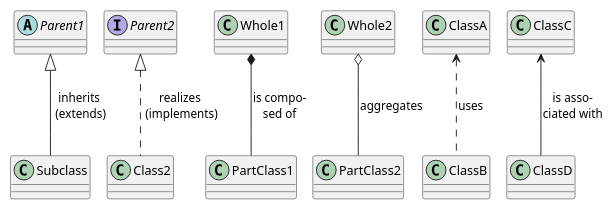
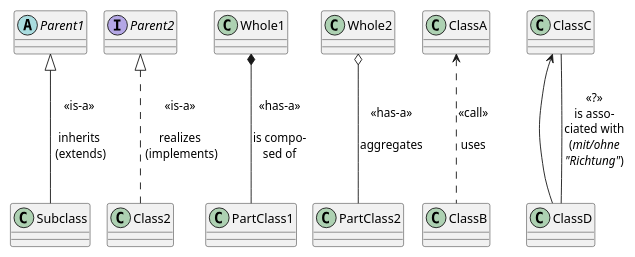
The diagram in module-associations/docs/diagrams/associations.puml (ThorstenEckstein/programmierung2-W3WI-109-ss24), drawn with PlantUML before and after one commit. The commit also changed 4 other files, not shown here.

Commit message:
module-associations: added chapter about Arrays, diagram update

```diff
--- a/module-associations/docs/diagrams/associations.puml
+++ b/module-associations/docs/diagrams/associations.puml
@@ -1,21 +1,22 @@
 @startuml
 !pragma layout smetana
 'https://plantuml.com/class-diagram
 
 scale 0.9
 
 abstract class Parent1
-Parent1 <|--- Subclass    : inherits\n (extends)
+Parent1 <|--- Subclass    : <<is-a>>\n\ninherits\n (extends)
 
 interface Parent2
-Parent2 <|... Class2      : realizes\n (implements)
+Parent2 <|... Class2      : <<is-a>>\n\nrealizes\n (implements)
 
-Whole1  *---  PartClass1  : is compo-\nsed of
+Whole1  *---  PartClass1  : <<has-a>>\n\nis compo-\nsed of
 
-Whole2  o---  PartClass2  : aggregates
+Whole2  o---  PartClass2  : <<has-a>>\n\naggregates
 
-ClassA  <...  ClassB      : uses
+ClassA  <...  ClassB      : <<call>>\n\nuses
 
-ClassC  <---  ClassD      : is asso-\nciated with
+ClassC  <---  ClassD      : "     "
+ClassC  ---  ClassD       : <<?>>\nis asso-\nciated with\n(//mit/ohne//\n//"Richtung"//)
 
 @enduml
```
